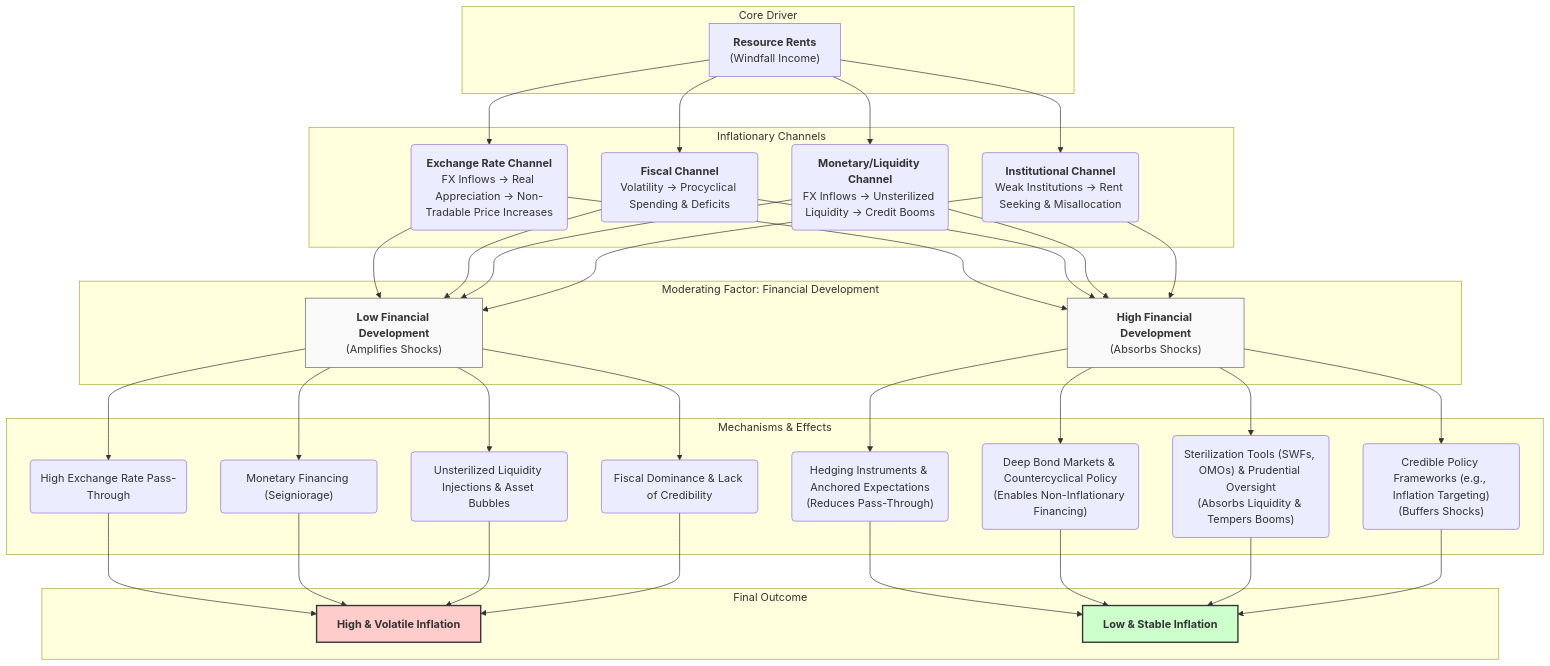
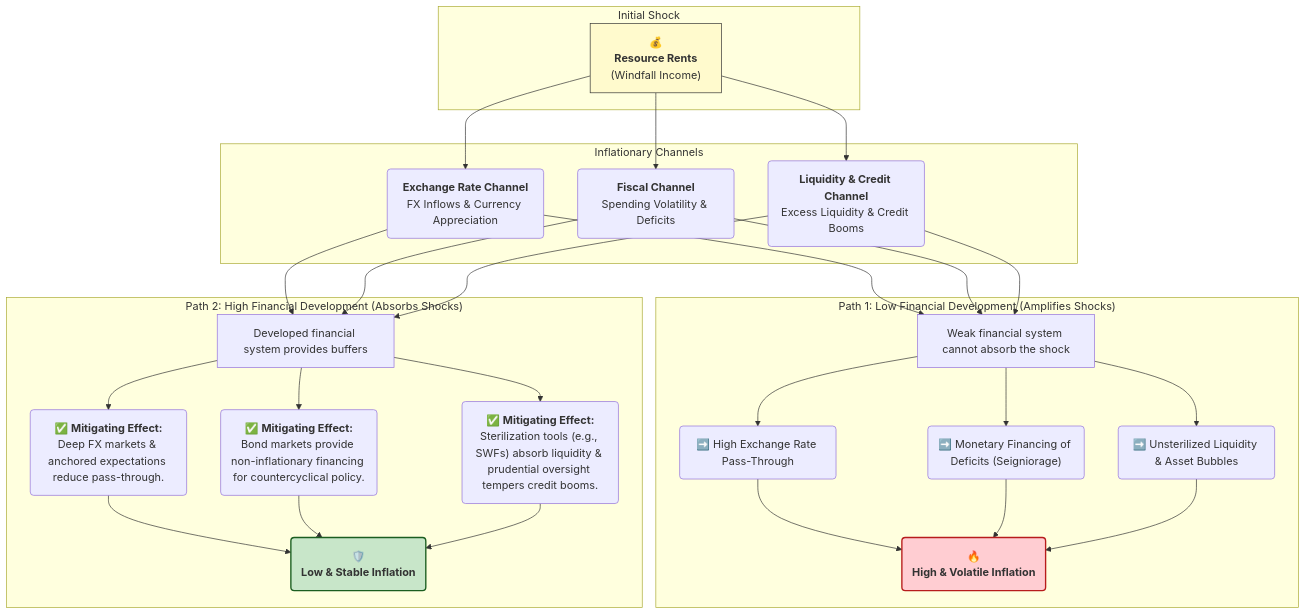
The diagram in FD-Rent-Inf.md (Aboutorabi/FD-Rent-Inf.md), drawn with Mermaid before and after one commit.

````diff
--- a/FD-Rent-Inf.md
+++ b/FD-Rent-Inf.md
@@ -1,75 +1,52 @@
 ```mermaid
 graph TD
-    subgraph "Core Driver"
-        A["<b>Resource Rents</b><br>(Windfall Income)"]
+    subgraph "Initial Shock"
+        A["💰<br><b>Resource Rents</b><br>(Windfall Income)"]
     end
 
     subgraph "Inflationary Channels"
-        B1("<b>Exchange Rate Channel</b><br>FX Inflows → Real Appreciation → Non-Tradable Price Increases")
-        B2("<b>Fiscal Channel</b><br>Volatility → Procyclical Spending & Deficits")
-        B3("<b>Monetary/Liquidity Channel</b><br>FX Inflows → Unsterilized Liquidity → Credit Booms")
-        B4("<b>Institutional Channel</b><br>Weak Institutions → Rent Seeking & Misallocation")
+        B1("<b>Exchange Rate Channel</b><br>FX Inflows & Currency Appreciation")
+        B2("<b>Fiscal Channel</b><br>Spending Volatility & Deficits")
+        B3("<b>Liquidity & Credit Channel</b><br>Excess Liquidity & Credit Booms")
     end
 
-    subgraph "Moderating Factor: Financial Development"
-        C1["<b>Low Financial Development</b><br>(Amplifies Shocks)"]
-        C2["<b>High Financial Development</b><br>(Absorbs Shocks)"]
+    subgraph "Path 1: Low Financial Development (Amplifies Shocks)"
+        C1["Weak financial system cannot absorb the shock"]
+        D1("➡️ High Exchange Rate Pass-Through")
+        D2("➡️ Monetary Financing of Deficits (Seigniorage)")
+        D3("➡️ Unsterilized Liquidity & Asset Bubbles")
+        E1("🔥<br><b>High & Volatile Inflation</b>")
     end
 
-    subgraph "Mechanisms & Effects"
-        D1("High Exchange Rate Pass-Through")
-        D2("Monetary Financing (Seigniorage)")
-        D3("Unsterilized Liquidity Injections & Asset Bubbles")
-        D4("Fiscal Dominance & Lack of Credibility")
-
-        E1("Hedging Instruments & Anchored Expectations<br>(Reduces Pass-Through)")
-        E2("Deep Bond Markets & Countercyclical Policy<br>(Enables Non-Inflationary Financing)")
-        E3("Sterilization Tools (SWFs, OMOs) & Prudential Oversight<br>(Absorbs Liquidity & Tempers Booms)")
-        E4("Credible Policy Frameworks (e.g., Inflation Targeting)<br>(Buffers Shocks)")
-    end
-
-    subgraph "Final Outcome"
-        F_High["<b>High & Volatile Inflation</b>"]
-        F_Low["<b>Low & Stable Inflation</b>"]
+    subgraph "Path 2: High Financial Development (Absorbs Shocks)"
+        C2["Developed financial system provides buffers"]
+        F1("✅ <b>Mitigating Effect:</b><br>Deep FX markets & anchored expectations reduce pass-through.")
+        F2("✅ <b>Mitigating Effect:</b><br>Bond markets provide non-inflationary financing for countercyclical policy.")
+        F3("✅ <b>Mitigating Effect:</b><br>Sterilization tools (e.g., SWFs) absorb liquidity & prudential oversight tempers credit booms.")
+        E2("🛡️<br><b>Low & Stable Inflation</b>")
     end
 
     A --> B1
     A --> B2
     A --> B3
-    A --> B4
-
+    
     B1 --> C1
     B2 --> C1
     B3 --> C1
-    B4 --> C1
 
     B1 --> C2
     B2 --> C2
     B3 --> C2
-    B4 --> C2
-    
-    C1 --> D1
-    C1 --> D2
-    C1 --> D3
-    C1 --> D4
 
-    C2 --> E1
-    C2 --> E2
-    C2 --> E3
-    C2 --> E4
+    C1 --> D1 --> E1
+    C1 --> D2 --> E1
+    C1 --> D3 --> E1
 
-    D1 --> F_High
-    D2 --> F_High
-    D3 --> F_High
-    D4 --> F_High
+    C2 --> F1 --> E2
+    C2 --> F2 --> E2
+    C2 --> F3 --> E2
 
-    E1 --> F_Low
-    E2 --> F_Low
-    E3 --> F_Low
-    E4 --> F_Low
-
-    style F_High fill:#ffcccc,stroke:#333,stroke-width:2px
-    style F_Low fill:#ccffcc,stroke:#333,stroke-width:2px
-    style C1 fill:#f9f9f9,stroke:#666
-    style C2 fill:#f9f9f9,stroke:#666
+    style A fill:#FFFACD,stroke:#333
+    style E1 fill:#FFCDD2,stroke:#B71C1C,stroke-width:2px
+    style E2 fill:#C8E6C9,stroke:#1B5E20,stroke-width:2px
 ```
````
